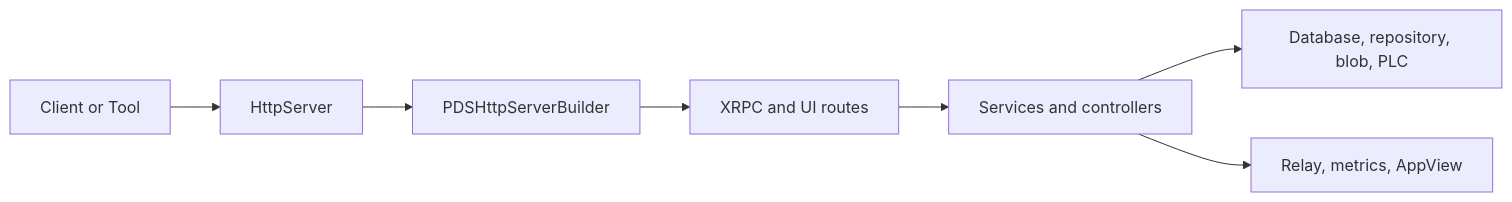
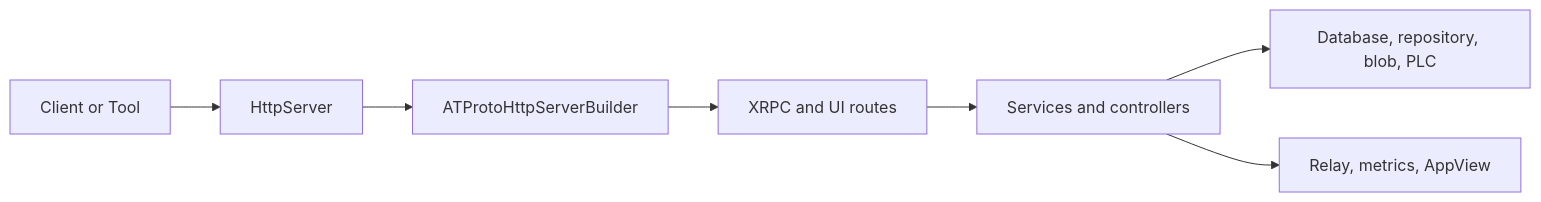
The diagram in docs/01-getting-started/codebase-map.md (jvalinsky/garazyk), drawn with Mermaid before and after one commit. The commit also changed other lines of this file and 234 other files, not shown here.

````diff
--- a/docs/01-getting-started/codebase-map.md
+++ b/docs/01-getting-started/codebase-map.md
@@ -49,9 +49,9 @@
 ```mermaid
 flowchart LR
   Client["Client or Tool"] --> Http["HttpServer"]
-  Http --> Builder["PDSHttpServerBuilder"]
+  Http --> Builder["ATProtoHttpServerBuilder"]
   Builder --> Xrpc["XRPC and UI routes"]
   Xrpc --> Services["Services and controllers"]
   Services --> Data["Database, repository, blob, PLC"]
   Services --> Side["Relay, metrics, AppView"]
 ```
````
